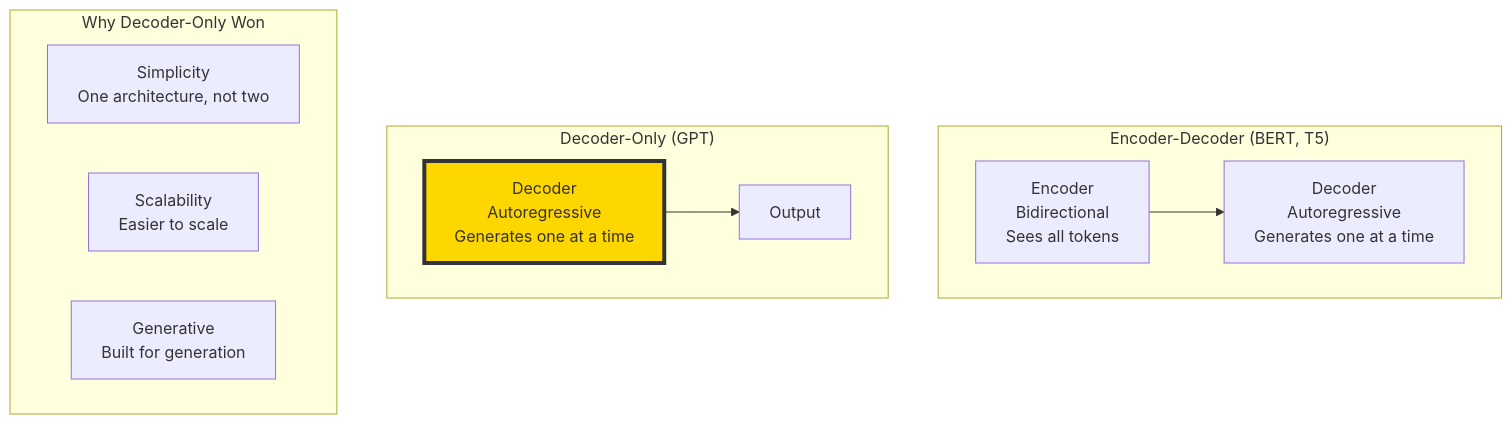
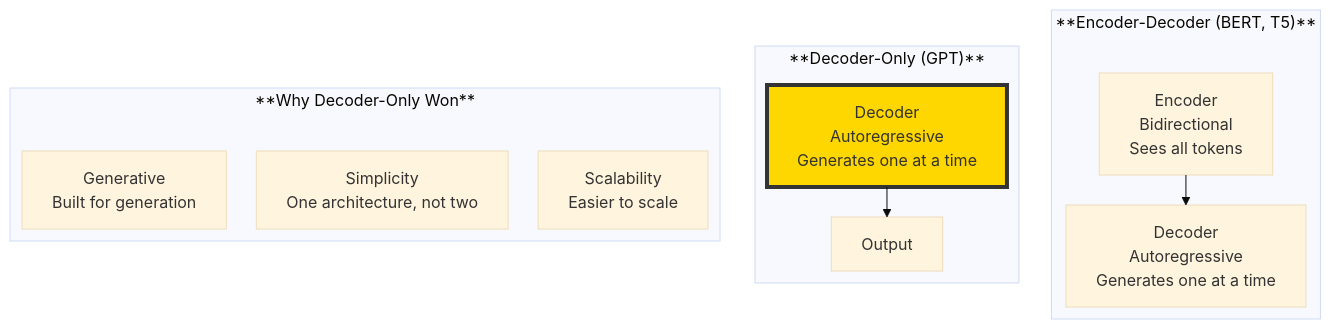
The first of 3 diagrams in The 2026 AI Metromap/The 2026 AI Metromap: GPT & LLM Architecture – Understanding the Engine of the Express Train.md (Vineet-Sharma-Medium-Stories/Medium-Build-Tool), drawn with Mermaid before and after one commit. The commit also changed other lines of this file and 37 other files, not shown here.

````diff
--- a/The 2026 AI Metromap/The 2026 AI Metromap: GPT & LLM Architecture – Understanding the Engine of the Express Train.md
+++ b/The 2026 AI Metromap/The 2026 AI Metromap: GPT & LLM Architecture – Understanding the Engine of the Express Train.md
@@ -58,18 +58,23 @@
 ```mermaid
+---
+config:
+  theme: base
+  layout: elk
+---
 graph TD
-    subgraph "Encoder-Decoder (BERT, T5)"
+    subgraph "**Encoder-Decoder (BERT, T5)**"
         E[Encoder<br/>Bidirectional<br/>Sees all tokens] --> D[Decoder<br/>Autoregressive<br/>Generates one at a time]
     end
     
-    subgraph "Decoder-Only (GPT)"
+    subgraph "**Decoder-Only (GPT)**"
         D2[Decoder<br/>Autoregressive<br/>Generates one at a time] --> O[Output]
     end
     
-    subgraph "Why Decoder-Only Won"
+    subgraph "**Why Decoder-Only Won**"
         R1[Simplicity<br/>One architecture, not two]
         R2[Scalability<br/>Easier to scale]
         R3[Generative<br/>Built for generation]
     end
     
     style D2 fill:#ffd700,stroke:#333,stroke-width:4px
 ```
````
